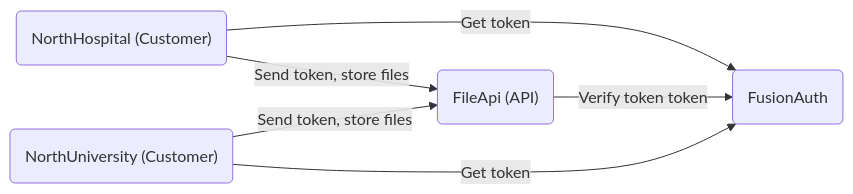
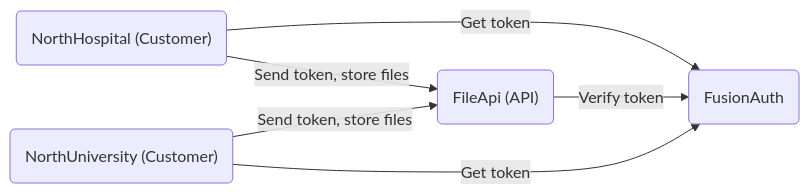
The diagram in astro/src/content/articles/authentication/service-to-service.mdx (FusionAuth/fusionauth-site), drawn with Mermaid before and after one commit. The commit also changed other lines of this file, not shown here.

````diff
--- a/astro/src/content/articles/authentication/service-to-service.mdx
+++ b/astro/src/content/articles/authentication/service-to-service.mdx
@@ -79,9 +83,9 @@
 ```mermaid
 graph LR
   n1("NorthHospital (Customer)") --> |Send token, store files| n2("FileApi (API)")
   n3("NorthUniversity (Customer)") --> |Send token, store files| n2
   n4(FusionAuth)
   n1 --> |Get token| n4
-  n2 --> |Verify token token|n4
+  n2 --> |Verify token|n4
   n3 --> |Get token|n4
 ```
````
